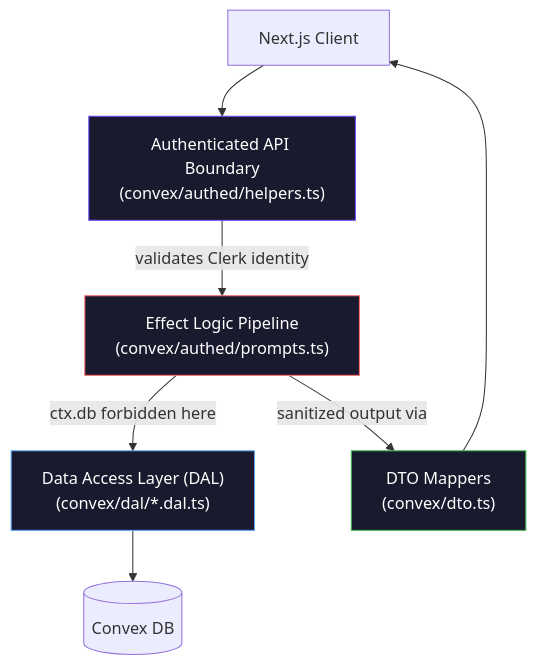
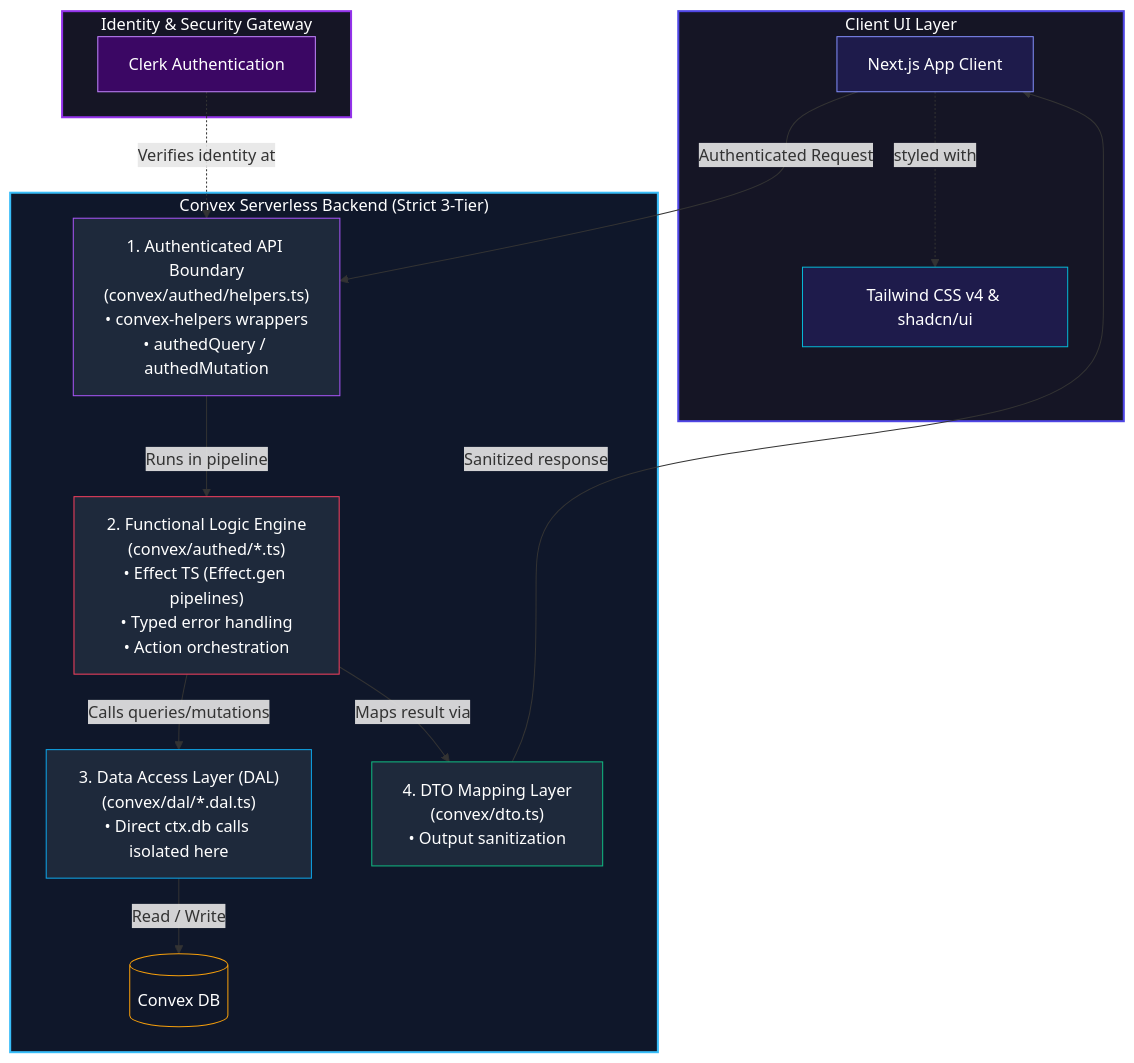
Before and after one commit to itsyasirkhandev/promptamist-rebuild: the first of 2 diagrams in README.md, drawn with Mermaid. The commit also changed other lines of this file, not shown here.

Commit message:
docs: update architecture and integration Mermaid diagrams in README

````diff
--- a/README.md
+++ b/README.md
@@ -32,14 +36,45 @@
 ```mermaid
 flowchart TD
-    Client["Next.js Client"] --> API["Authenticated API Boundary\n(convex/authed/helpers.ts)"]
-    API -->|"validates Clerk identity"| Logic["Effect Logic Pipeline\n(convex/authed/prompts.ts)"]
-    Logic -->|"ctx.db forbidden here"| DAL["Data Access Layer (DAL)\n(convex/dal/*.dal.ts)"]
-    DAL --> DB[(Convex DB)]
-    Logic -->|"sanitized output via"| DTO["DTO Mappers\n(convex/dto.ts)"]
-    DTO --> Client
+    subgraph UI ["Client UI Layer"]
+        Client["Next.js App Client"]
+        Styling["Tailwind CSS v4 & shadcn/ui"]
+        Client -.->|styled with| Styling
+    end
 
-    style API fill:#1a1a2e,stroke:#6C47FF,color:#fff
-    style Logic fill:#1a1a2e,stroke:#ff6b6b,color:#fff
-    style DAL fill:#1a1a2e,stroke:#58a6ff,color:#fff
-    style DTO fill:#1a1a2e,stroke:#3fb950,color:#fff
+    subgraph Auth ["Identity & Security Gateway"]
+        Clerk["Clerk Authentication"]
+    end
+
+    subgraph Backend ["Convex Serverless Backend (Strict 3-Tier)"]
+        API["1. Authenticated API Boundary\n(convex/authed/helpers.ts)\n• convex-helpers wrappers\n• authedQuery / authedMutation"]
+
+        Logic["2. Functional Logic Engine\n(convex/authed/*.ts)\n• Effect TS (Effect.gen pipelines)\n• Typed error handling\n• Action orchestration"]
+
+        DAL["3. Data Access Layer (DAL)\n(convex/dal/*.dal.ts)\n• Direct ctx.db calls isolated here"]
+
+        DTO["4. DTO Mapping Layer\n(convex/dto.ts)\n• Output sanitization"]
+
+        DB[(Convex DB)]
+    end
+
+    Client -->|Authenticated Request| API
+    Clerk -.->|Verifies identity at| API
+    API -->|Runs in pipeline| Logic
+    Logic -->|Calls queries/mutations| DAL
+    DAL -->|Read / Write| DB
+    Logic -->|Maps result via| DTO
+    DTO -->|Sanitized response| Client
+
+    %% Custom styling for premium look
+    style UI fill:#151525,stroke:#4f46e5,stroke-width:2px,color:#fff
+    style Auth fill:#151525,stroke:#9333ea,stroke-width:2px,color:#fff
+    style Backend fill:#0f172a,stroke:#38bdf8,stroke-width:2px,color:#fff
+    style Client fill:#1e1b4b,stroke:#818cf8,color:#fff
+    style Styling fill:#1e1b4b,stroke:#06b6d4,color:#fff
+    style Clerk fill:#3b0764,stroke:#c084fc,color:#fff
+    style API fill:#1e293b,stroke:#a855f7,color:#fff
+    style Logic fill:#1e293b,stroke:#f43f5e,color:#fff
+    style DAL fill:#1e293b,stroke:#0ea5e9,color:#fff
+    style DTO fill:#1e293b,stroke:#10b981,color:#fff
+    style DB fill:#0f172a,stroke:#f59e0b,color:#fff
 ```
````
